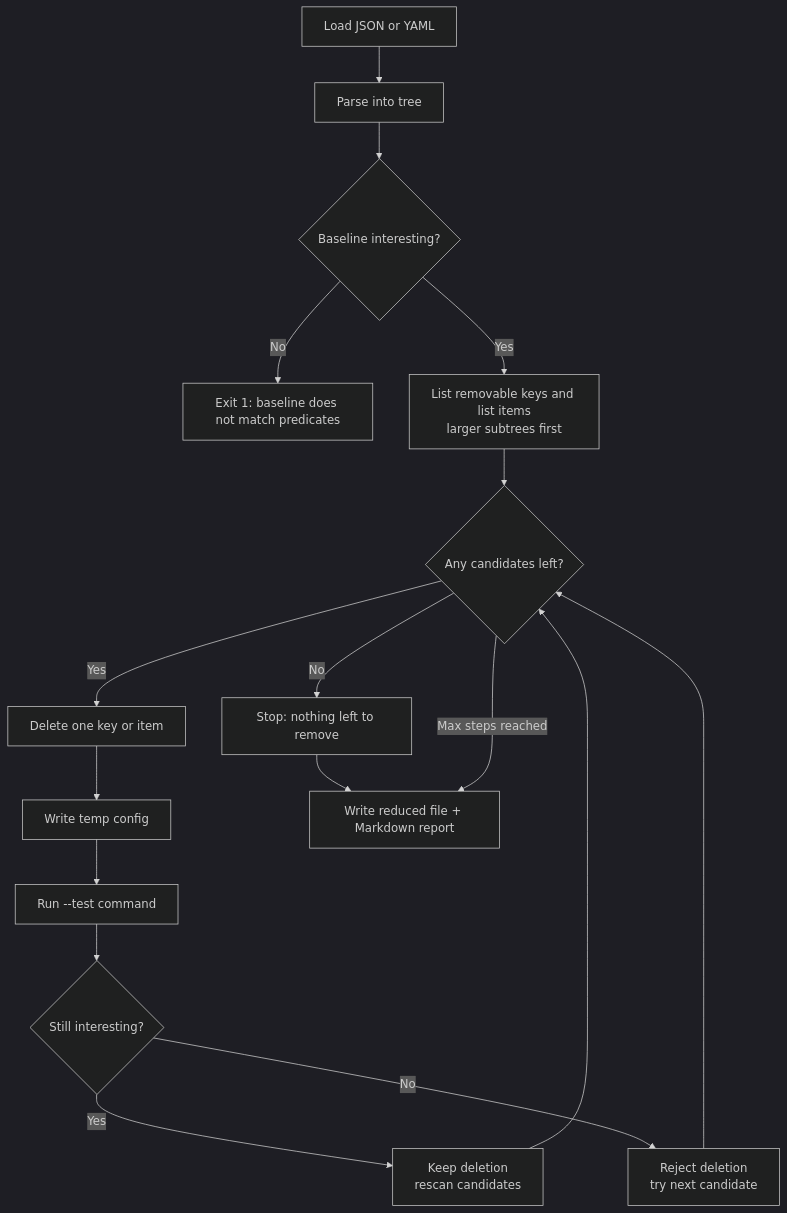
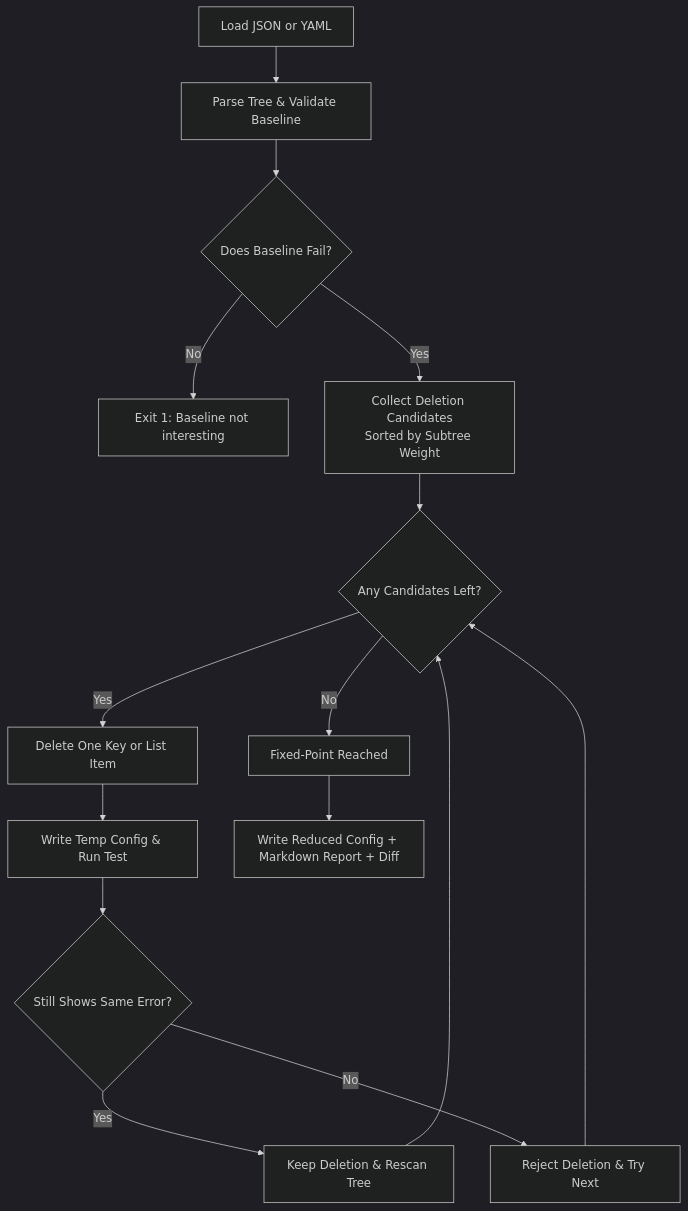
One commit to dhrrishitvdeka/minrepro changed the diagram in README.md. Above: the diagram before and after it, drawn with Mermaid (dark theme). The commit also changed other lines of this file and 12 other files, not shown here.

````diff
--- a/README.md
+++ b/README.md
@@ -127,19 +167,17 @@
 ```mermaid
 flowchart TD
-  A[Load JSON or YAML] --> B[Parse into tree]
-  B --> C{Baseline interesting?}
-  C -->|No| D[Exit 1: baseline does not match predicates]
-  C -->|Yes| E[List removable keys and list items<br/>larger subtrees first]
-  E --> F{Any candidates left?}
-  F -->|No| G[Stop: nothing left to remove]
-  F -->|Yes| H[Delete one key or item]
-  H --> I[Write temp config]
-  I --> J[Run --test command]
-  J --> K{Still interesting?}
-  K -->|Yes| L[Keep deletion<br/>rescan candidates]
-  K -->|No| M[Reject deletion<br/>try next candidate]
+  A[Load JSON or YAML] --> B[Parse Tree & Validate Baseline]
+  B --> C{Does Baseline Fail?}
+  C -->|No| D[Exit 1: Baseline not interesting]
+  C -->|Yes| E[Collect Deletion Candidates<br/>Sorted by Subtree Weight]
+  E --> F{Any Candidates Left?}
+  F -->|No| G[Fixed-Point Reached]
+  F -->|Yes| H[Delete One Key or List Item]
+  H --> I[Write Temp Config & Run Test]
+  I --> J{Still Shows Same Error?}
+  J -->|Yes| K[Keep Deletion & Rescan Tree]
+  J -->|No| L[Reject Deletion & Try Next]
+  K --> F
   L --> F
-  M --> F
-  G --> N[Write reduced file + Markdown report]
-  F -->|Max steps reached| N
+  G --> M[Write Reduced Config + Markdown Report + Diff]
 ```
````
